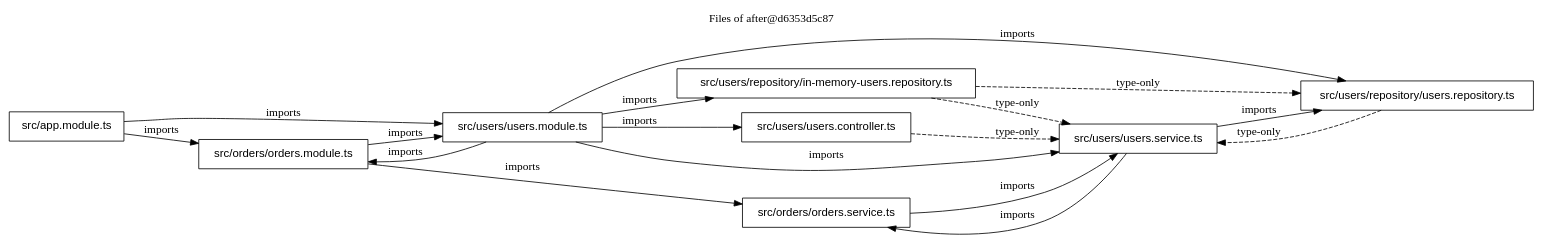
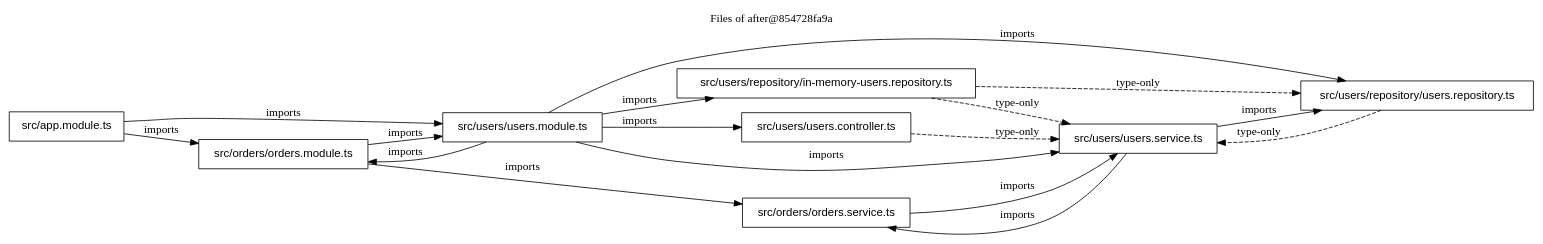
The diagram in examples/nest-shop/files-after.dot (FullFran/archsieve), drawn with Graphviz before and after one commit. The commit also changed 20 other files, not shown here.

```diff
--- a/examples/nest-shop/files-after.dot
+++ b/examples/nest-shop/files-after.dot
@@ -1,29 +1,29 @@
 digraph archsieve {
   rankdir=LR;
   node [shape=box, fontname="Helvetica"];
-  label="Files of after@d6353d5c87"; labelloc=t;
+  label="Files of after@854728fa9a"; labelloc=t;
   "src/app.module.ts" [label="src/app.module.ts"];
   "src/orders/orders.module.ts" [label="src/orders/orders.module.ts"];
   "src/orders/orders.service.ts" [label="src/orders/orders.service.ts"];
   "src/users/repository/in-memory-users.repository.ts" [label="src/users/repository/in-memory-users.repository.ts"];
   "src/users/repository/users.repository.ts" [label="src/users/repository/users.repository.ts"];
   "src/users/users.controller.ts" [label="src/users/users.controller.ts"];
   "src/users/users.module.ts" [label="src/users/users.module.ts"];
   "src/users/users.service.ts" [label="src/users/users.service.ts"];
   "src/app.module.ts" -> "src/orders/orders.module.ts" [label="imports"];
   "src/app.module.ts" -> "src/users/users.module.ts" [label="imports"];
   "src/orders/orders.module.ts" -> "src/orders/orders.service.ts" [label="imports"];
   "src/orders/orders.module.ts" -> "src/users/users.module.ts" [label="imports"];
   "src/orders/orders.service.ts" -> "src/users/users.service.ts" [label="imports"];
   "src/users/repository/in-memory-users.repository.ts" -> "src/users/repository/users.repository.ts" [style=dashed, label="type-only"];
   "src/users/repository/in-memory-users.repository.ts" -> "src/users/users.service.ts" [style=dashed, label="type-only"];
   "src/users/repository/users.repository.ts" -> "src/users/users.service.ts" [style=dashed, label="type-only"];
   "src/users/users.controller.ts" -> "src/users/users.service.ts" [style=dashed, label="type-only"];
   "src/users/users.module.ts" -> "src/orders/orders.module.ts" [label="imports"];
   "src/users/users.module.ts" -> "src/users/repository/in-memory-users.repository.ts" [label="imports"];
   "src/users/users.module.ts" -> "src/users/repository/users.repository.ts" [label="imports"];
   "src/users/users.module.ts" -> "src/users/users.controller.ts" [label="imports"];
   "src/users/users.module.ts" -> "src/users/users.service.ts" [label="imports"];
   "src/users/users.service.ts" -> "src/orders/orders.service.ts" [label="imports"];
   "src/users/users.service.ts" -> "src/users/repository/users.repository.ts" [label="imports"];
 }
```
